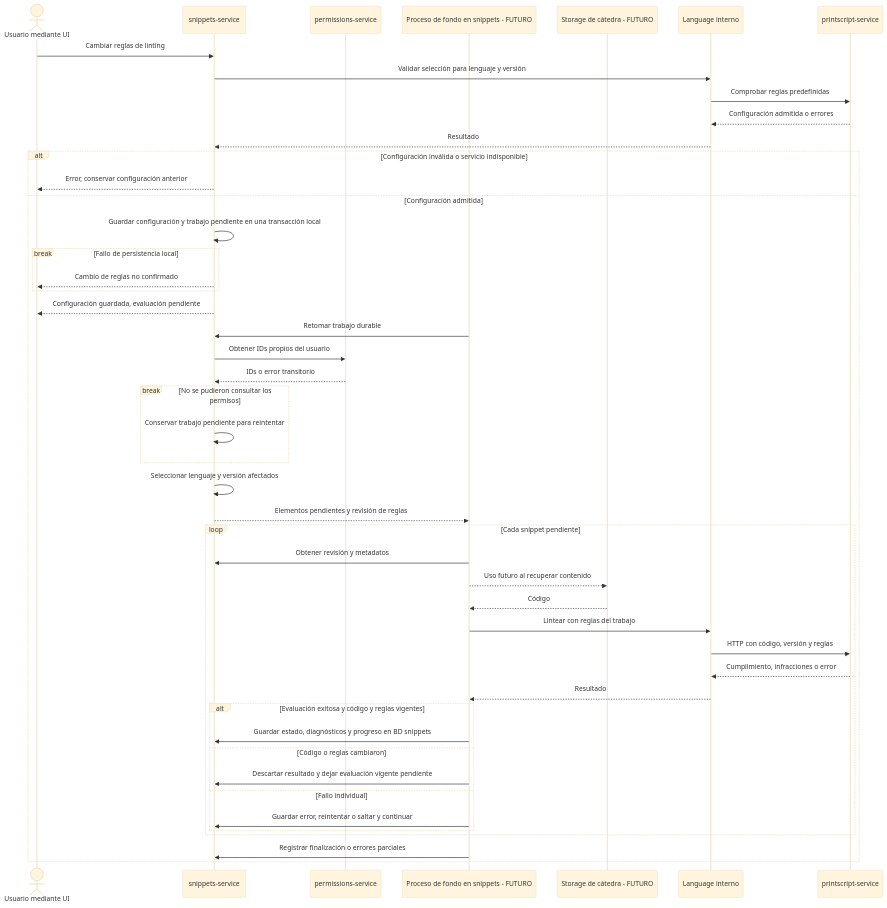
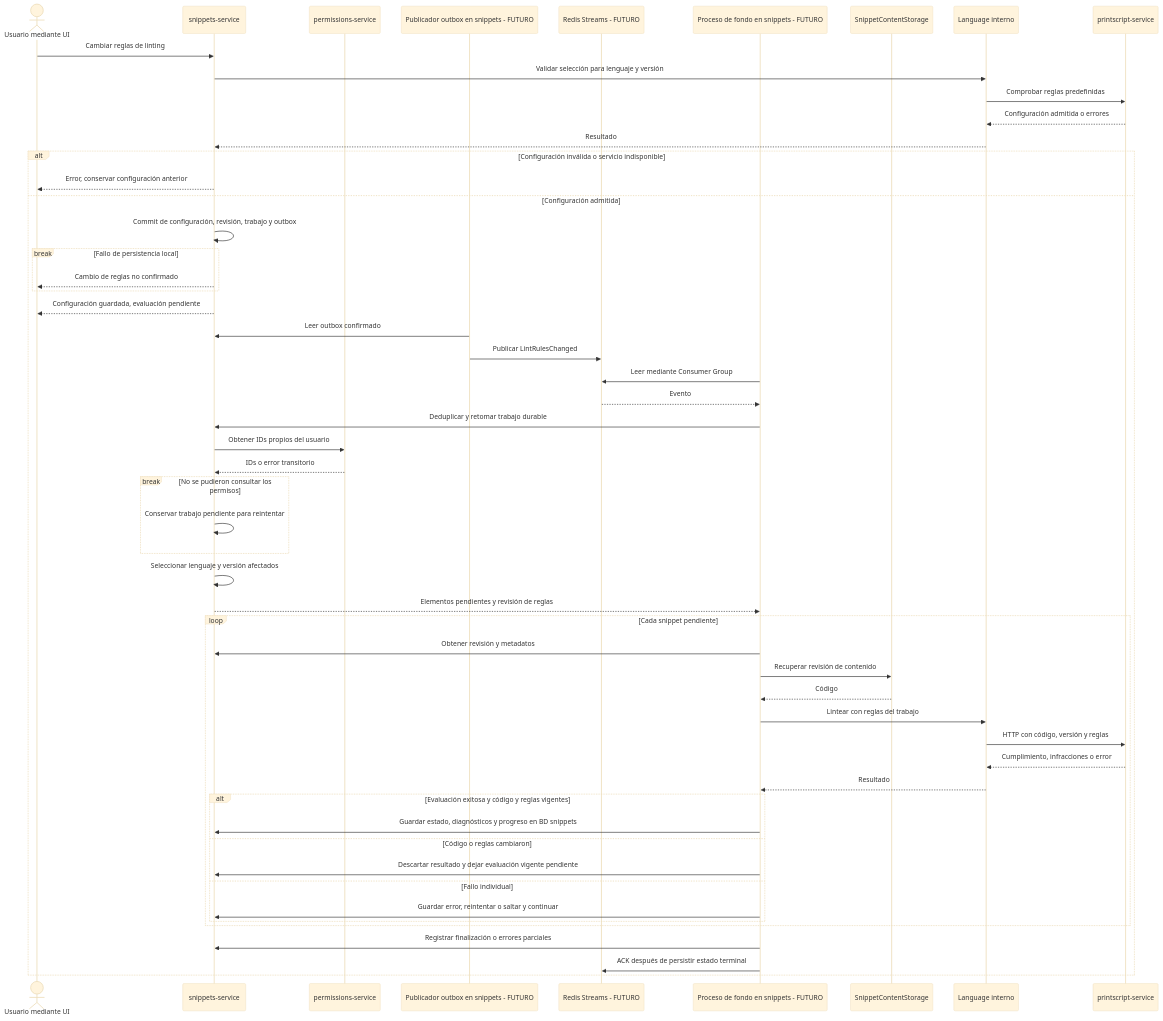
The diagram in docs/architecture/flows/linting.md (JJT-INGSIS/snippet-searcher-infra), drawn with Mermaid (base theme) before and after one commit. The commit also changed other lines of this file and 7 other files, not shown here.

Commit message:
docs(sni-27): decide asynchronous processing with Redis Streams and outbox

````diff
--- a/docs/architecture/flows/linting.md
+++ b/docs/architecture/flows/linting.md
@@ -7,54 +10,61 @@
 ```mermaid
 sequenceDiagram
     actor UI as Usuario mediante UI
     participant S as snippets-service
     participant P as permissions-service
+    participant O as Publicador outbox en snippets - FUTURO
+    participant R as Redis Streams - FUTURO
     participant B as Proceso de fondo en snippets - FUTURO
-    participant ST as Storage de cátedra - FUTURO
+    participant ST as SnippetContentStorage
     participant L as Language interno
     participant PS as printscript-service
 
     UI->>S: Cambiar reglas de linting
     S->>L: Validar selección para lenguaje y versión
     L->>PS: Comprobar reglas predefinidas
     PS-->>L: Configuración admitida o errores
     L-->>S: Resultado
 
     alt Configuración inválida o servicio indisponible
         S-->>UI: Error, conservar configuración anterior
     else Configuración admitida
-        S->>S: Guardar configuración y trabajo pendiente en una transacción local
+        S->>S: Commit de configuración, revisión, trabajo y outbox
         break Fallo de persistencia local
             S-->>UI: Cambio de reglas no confirmado
         end
         S-->>UI: Configuración guardada, evaluación pendiente
 
-        B->>S: Retomar trabajo durable
+        O->>S: Leer outbox confirmado
+        O->>R: Publicar LintRulesChanged
+        B->>R: Leer mediante Consumer Group
+        R-->>B: Evento
+        B->>S: Deduplicar y retomar trabajo durable
         S->>P: Obtener IDs propios del usuario
         P-->>S: IDs o error transitorio
         break No se pudieron consultar los permisos
             S->>S: Conservar trabajo pendiente para reintentar
         end
         S->>S: Seleccionar lenguaje y versión afectados
         S-->>B: Elementos pendientes y revisión de reglas
 
         loop Cada snippet pendiente
             B->>S: Obtener revisión y metadatos
-            B-->>ST: Uso futuro al recuperar contenido
+            B->>ST: Recuperar revisión de contenido
             ST-->>B: Código
             B->>L: Lintear con reglas del trabajo
             L->>PS: HTTP con código, versión y reglas
             PS-->>L: Cumplimiento, infracciones o error
             L-->>B: Resultado
 
             alt Evaluación exitosa y código y reglas vigentes
                 B->>S: Guardar estado, diagnósticos y progreso en BD snippets
             else Código o reglas cambiaron
                 B->>S: Descartar resultado y dejar evaluación vigente pendiente
             else Fallo individual
                 B->>S: Guardar error, reintentar o saltar y continuar
             end
         end
         B->>S: Registrar finalización o errores parciales
+        B->>R: ACK después de persistir estado terminal
     end
 ```
````
